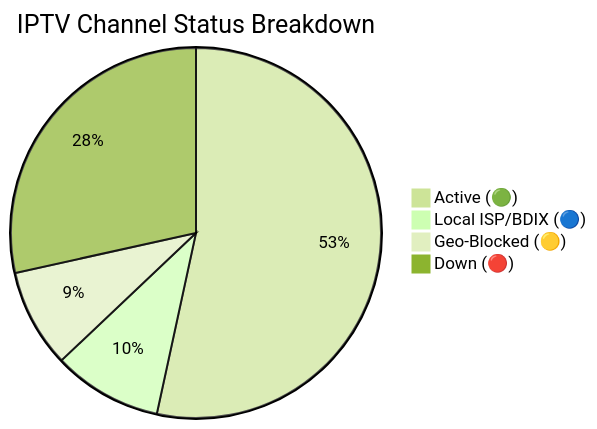
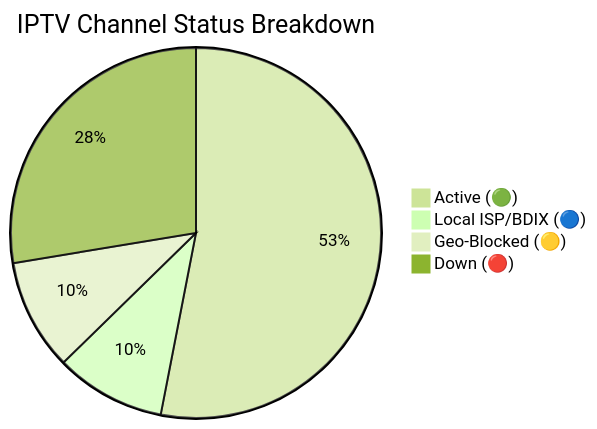
One commit to f6388600-ai/Web changed the diagram in README.md. Above: the diagram before and after it, drawn with Mermaid (forest theme). The commit also changed other lines of this file and 6 other files, not shown here.

````diff
--- a/README.md
+++ b/README.md
@@ -149,7 +149,7 @@
 ```mermaid
 pie title IPTV Channel Status Breakdown
-    "Active (🟢)" : 9208
-    "Local ISP/BDIX (🔵)" : 1645
-    "Geo-Blocked (🟡)" : 1483
-    "Down (🔴)" : 4909
+    "Active (🟢)" : 9167
+    "Local ISP/BDIX (🔵)" : 1663
+    "Geo-Blocked (🟡)" : 1678
+    "Down (🔴)" : 4770
 ```
````
